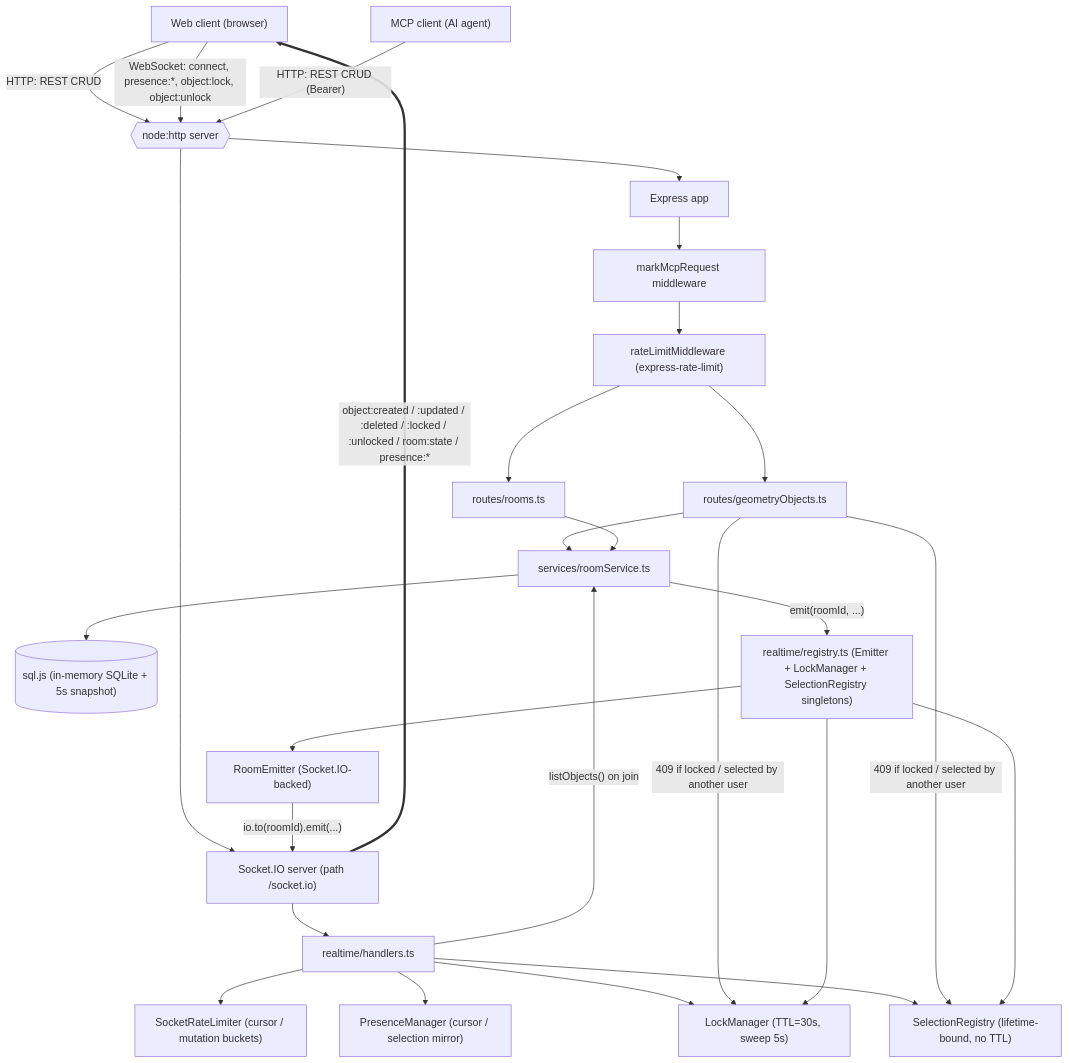
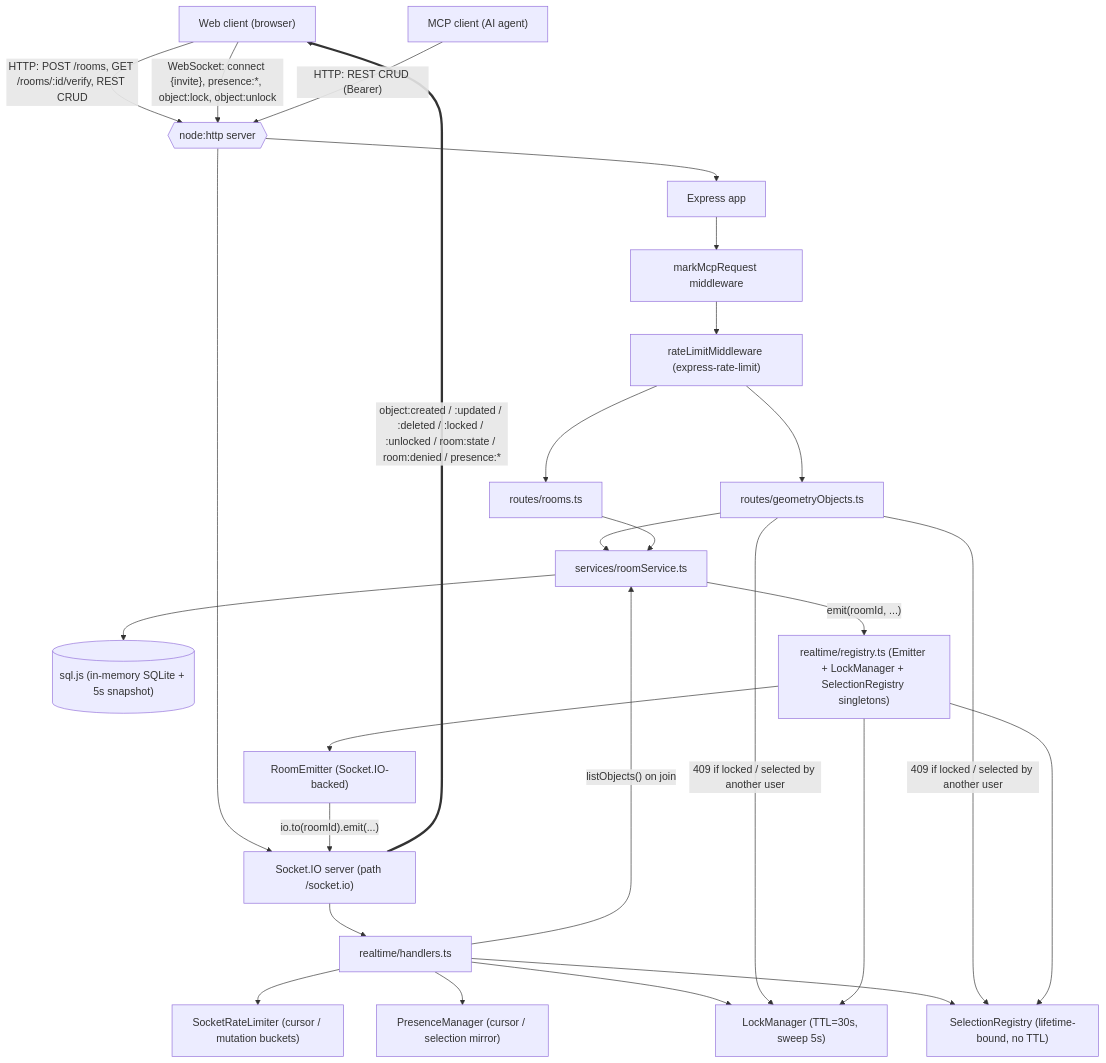
Before and after one commit to alexkhalevine/polypad.ink: the diagram in apps/server/ARCHITECTURE.md, drawn with Mermaid. The commit also changed other lines of this file, not shown here.

````diff
--- a/apps/server/ARCHITECTURE.md
+++ b/apps/server/ARCHITECTURE.md
@@ -111,58 +126,58 @@
 ```mermaid
 flowchart TD
   WebClient["Web client (browser)"]
   McpClient["MCP client (AI agent)"]
 
   HttpServer{{"node:http server"}}
   Express["Express app"]
   IO["Socket.IO server (path /socket.io)"]
 
   MarkMcp["markMcpRequest middleware"]
   HttpRate["rateLimitMiddleware (express-rate-limit)"]
   RoomRoute["routes/rooms.ts"]
   GeomRoute["routes/geometryObjects.ts"]
 
   RoomService["services/roomService.ts"]
   DB[("sql.js (in-memory SQLite + 5s snapshot)")]
 
   Registry["realtime/registry.ts (Emitter + LockManager + SelectionRegistry singletons)"]
   Emitter["RoomEmitter (Socket.IO-backed)"]
   Locks["LockManager (TTL=30s, sweep 5s)"]
   Selections["SelectionRegistry (lifetime-bound, no TTL)"]
   Presence["PresenceManager (cursor / selection mirror)"]
   Handlers["realtime/handlers.ts"]
   WsRate["SocketRateLimiter (cursor / mutation buckets)"]
 
-  WebClient -- "HTTP: REST CRUD" --> HttpServer
-  WebClient -- "WebSocket: connect, presence:*, object:lock, object:unlock" --> HttpServer
+  WebClient -- "HTTP: POST /rooms, GET /rooms/:id/verify, REST CRUD" --> HttpServer
+  WebClient -- "WebSocket: connect {invite}, presence:*, object:lock, object:unlock" --> HttpServer
   McpClient -- "HTTP: REST CRUD (Bearer)" --> HttpServer
 
   HttpServer --> Express
   HttpServer --> IO
 
   Express --> MarkMcp
   MarkMcp --> HttpRate
   HttpRate --> RoomRoute
   HttpRate --> GeomRoute
   GeomRoute --> RoomService
   RoomRoute --> RoomService
   RoomService --> DB
   RoomService -- "emit(roomId, ...)" --> Registry
 
   IO --> Handlers
   Handlers --> WsRate
   Handlers --> Presence
   Handlers --> Locks
   Handlers --> Selections
   Handlers -- "listObjects() on join" --> RoomService
 
   GeomRoute -- "409 if locked / selected by another user" --> Locks
   GeomRoute -- "409 if locked / selected by another user" --> Selections
 
   Registry --> Emitter
   Registry --> Locks
   Registry --> Selections
   Emitter -- "io.to(roomId).emit(...)" --> IO
 
-  IO == "object:created / :updated / :deleted / :locked / :unlocked / room:state / presence:*" ==> WebClient
+  IO == "object:created / :updated / :deleted / :locked / :unlocked / room:state / room:denied / presence:*" ==> WebClient
 ```
````
